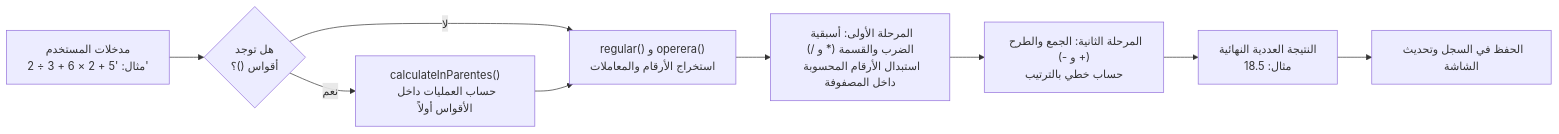
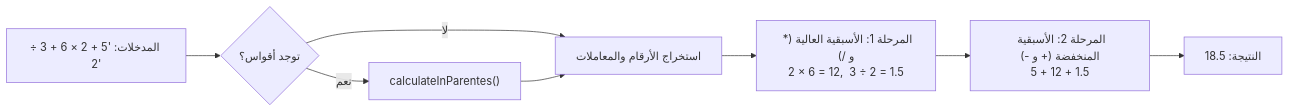
One commit to DragonXRX/calculator changed the second of 3 diagrams in README.ar.md. Above: the diagram before and after it, drawn with Mermaid. The commit also changed other lines of this file and 1 other file, not shown here.

````diff
--- a/README.ar.md
+++ b/README.ar.md
@@ -144,13 +94,11 @@
 ```mermaid
 flowchart LR
-    A["مدخلات المستخدم<br/>مثال: '5 + 2 × 6 + 3 ÷ 2'"] --> B{"هل توجد<br/>أقواس ()؟"}
+    In["المدخلات: '5 + 2 × 6 + 3 ÷ 2'"] --> Par{"توجد أقواس؟"}
+    Par -- نعم --> ResPar["calculateInParentes()"]
+    Par -- لا --> Parse["استخراج الأرقام والمعاملات"]
+    ResPar --> Parse
     
-    B -- نعم --> C["calculateInParentes()<br/>حساب العمليات داخل الأقواس أولاً"]
-    B -- لا --> D["regular() و operera()<br/>استخراج الأرقام والمعاملات"]
-    C --> D
-    
-    D --> E["المرحلة الأولى: أسبقية الضرب والقسمة (* و /)<br/>استبدال الأرقام المحسوبة داخل المصفوفة"]
-    E --> F["المرحلة الثانية: الجمع والطرح (+ و -)<br/>حساب خطي بالترتيب"]
-    F --> G["النتيجة العددية النهائية<br/>مثال: 18.5"]
-    G --> H["الحفظ في السجل وتحديث الشاشة"]
+    Parse --> Pass1["المرحلة 1: الأسبقية العالية (* و /)<br/>2 × 6 = 12,  3 ÷ 2 = 1.5"]
+    Pass1 --> Pass2["المرحلة 2: الأسبقية المنخفضة (+ و -)<br/>5 + 12 + 1.5"]
+    Pass2 --> Out["النتيجة: 18.5"]
 ```
````
